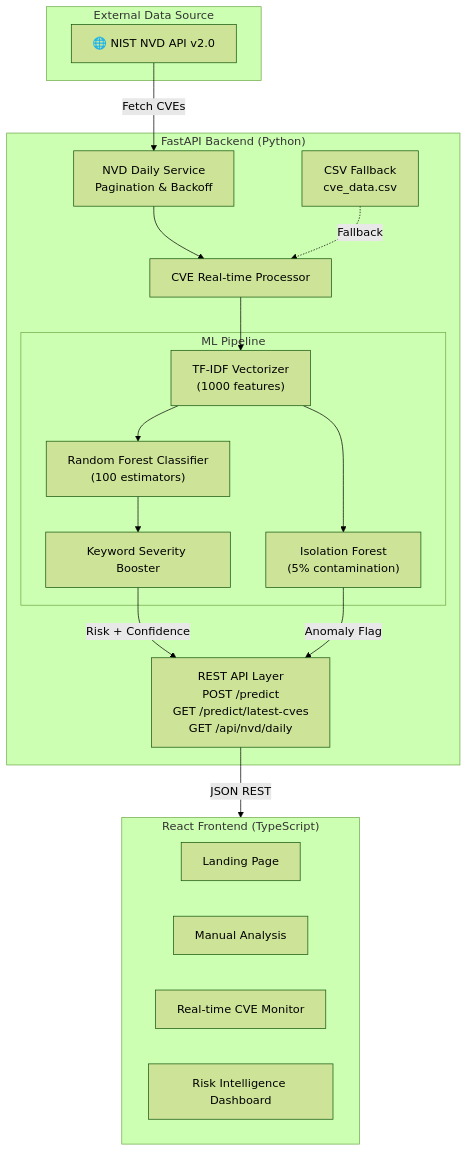
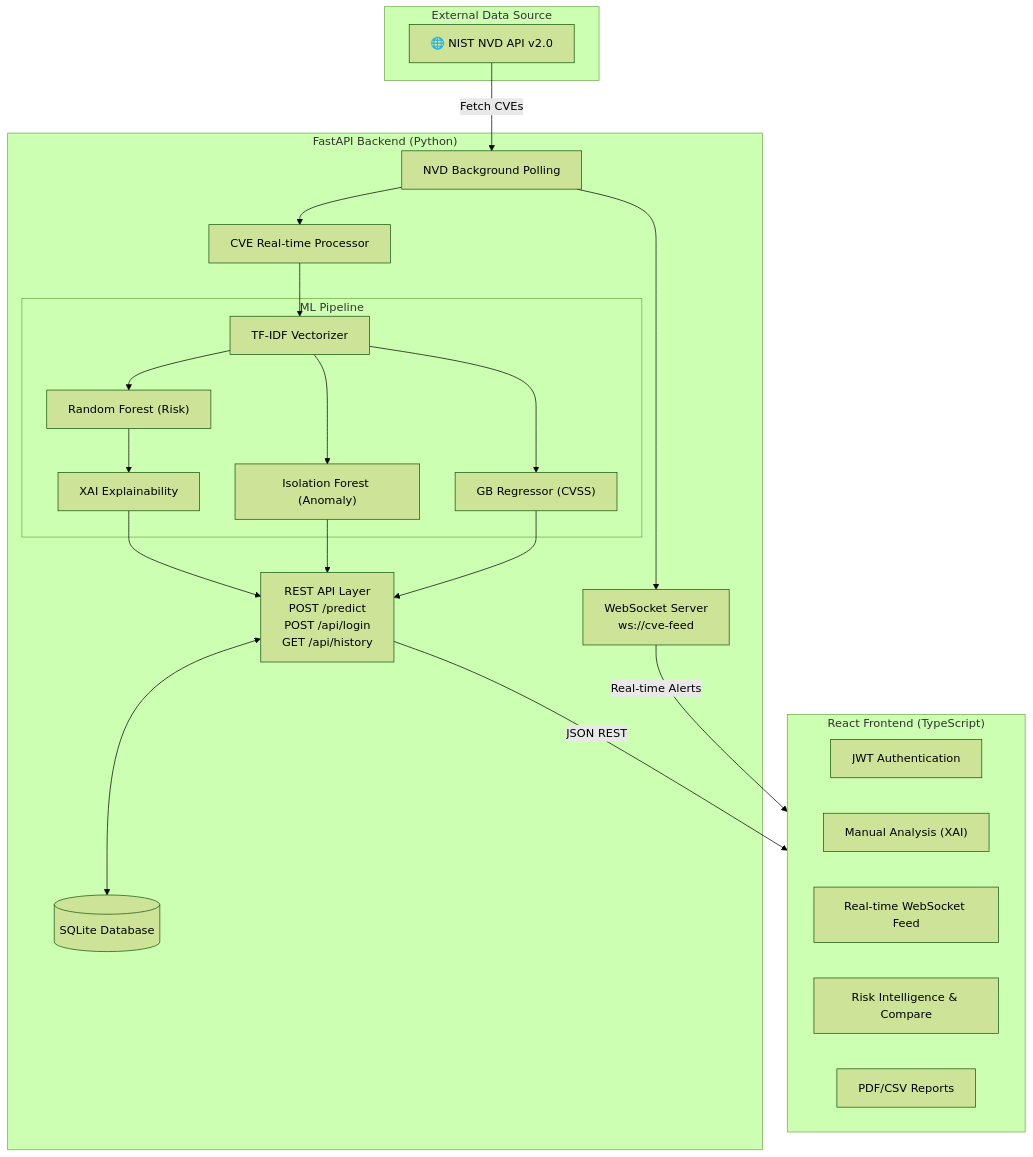
The diagram in README.md (MohanrajCit/ML-Cybersec), drawn with Mermaid (forest theme) before and after one commit. The commit also changed other lines of this file and 20 other files, not shown here.

Commit message:
Shipped Enterprise Features: Auth, WebSockets, XAI, and Dashboard metrics

````diff
--- a/README.md
+++ b/README.md
@@ -69,39 +70,45 @@
 ```mermaid
 graph TB
     subgraph External["External Data Source"]
         NVD["🌐 NIST NVD API v2.0"]
     end
 
     subgraph Backend["FastAPI Backend (Python)"]
-        API["REST API Layer<br/>POST /predict<br/>GET /predict/latest-cves<br/>GET /api/nvd/daily"]
-        NVDService["NVD Daily Service<br/>Pagination & Backoff"]
+        API["REST API Layer<br/>POST /predict<br/>POST /api/login<br/>GET /api/history"]
+        WS["WebSocket Server<br/>ws://cve-feed"]
+        NVDService["NVD Background Polling"]
         Processor["CVE Real-time Processor"]
+        DB[(SQLite Database)]
 
         subgraph ML["ML Pipeline"]
-            TFIDF["TF-IDF Vectorizer<br/>(1000 features)"]
-            RF["Random Forest Classifier<br/>(100 estimators)"]
-            IF["Isolation Forest<br/>(5% contamination)"]
-            KW["Keyword Severity Booster"]
+            TFIDF["TF-IDF Vectorizer"]
+            RF["Random Forest (Risk)"]
+            IF["Isolation Forest (Anomaly)"]
+            CVSS["GB Regressor (CVSS)"]
+            XAI["XAI Explainability"]
         end
-
-        Fallback["CSV Fallback<br/>cve_data.csv"]
     end
 
     subgraph Frontend["React Frontend (TypeScript)"]
-        Landing["Landing Page"]
-        Manual["Manual Analysis"]
-        Realtime["Real-time CVE Monitor"]
-        Intel["Risk Intelligence Dashboard"]
+        Auth["JWT Authentication"]
+        Manual["Manual Analysis (XAI)"]
+        Realtime["Real-time WebSocket Feed"]
+        Intel["Risk Intelligence & Compare"]
+        Export["PDF/CSV Reports"]
     end
 
     NVD -->|"Fetch CVEs"| NVDService
     NVDService --> Processor
-    Fallback -.->|"Fallback"| Processor
+    NVDService --> WS
     Processor --> TFIDF
     TFIDF --> RF
     TFIDF --> IF
-    RF --> KW
-    KW -->|"Risk + Confidence"| API
-    IF -->|"Anomaly Flag"| API
+    TFIDF --> CVSS
+    RF --> XAI
+    CVSS --> API
+    XAI --> API
+    IF --> API
+    API <--> DB
     API -->|"JSON REST"| Frontend
+    WS -->|"Real-time Alerts"| Frontend
 ```
````
